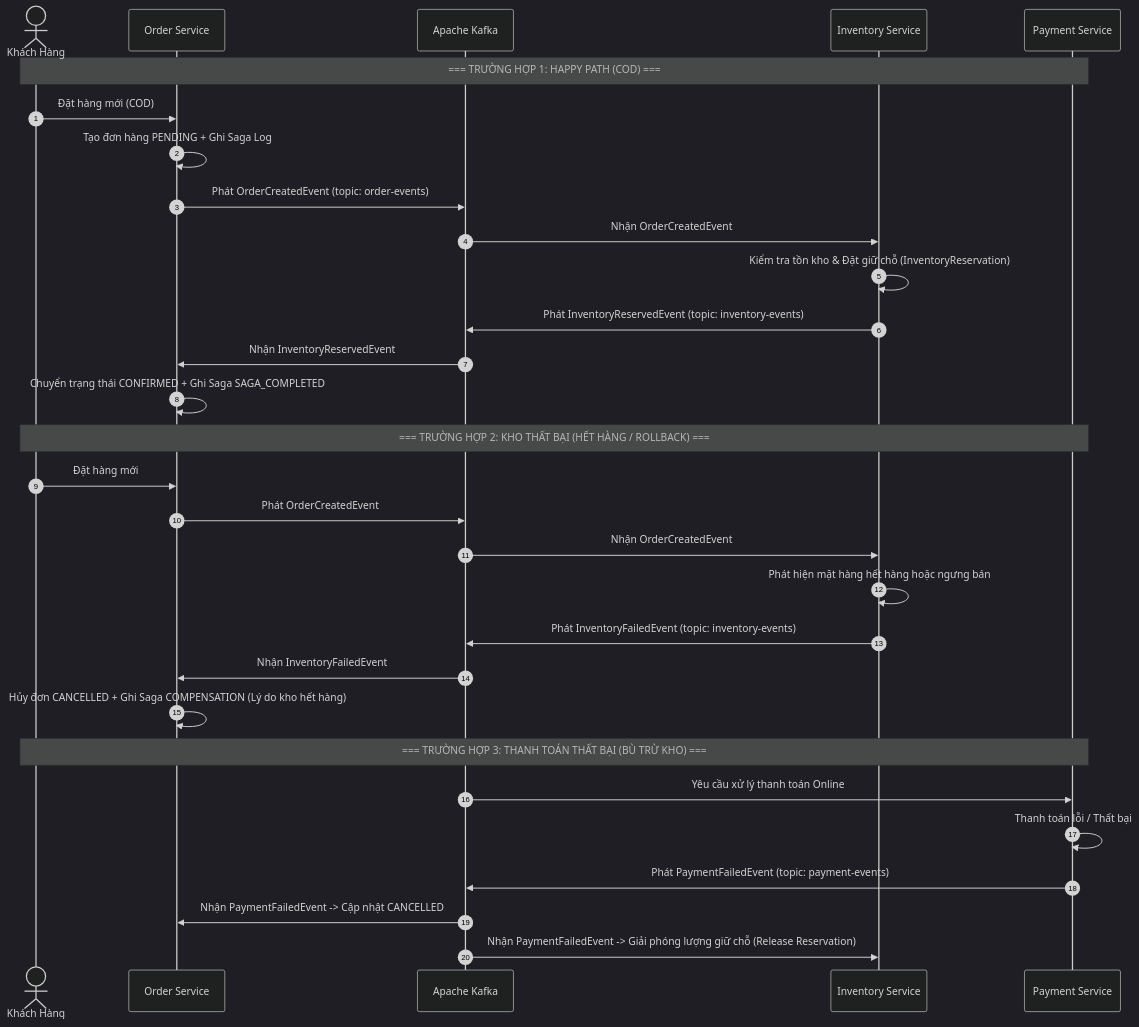
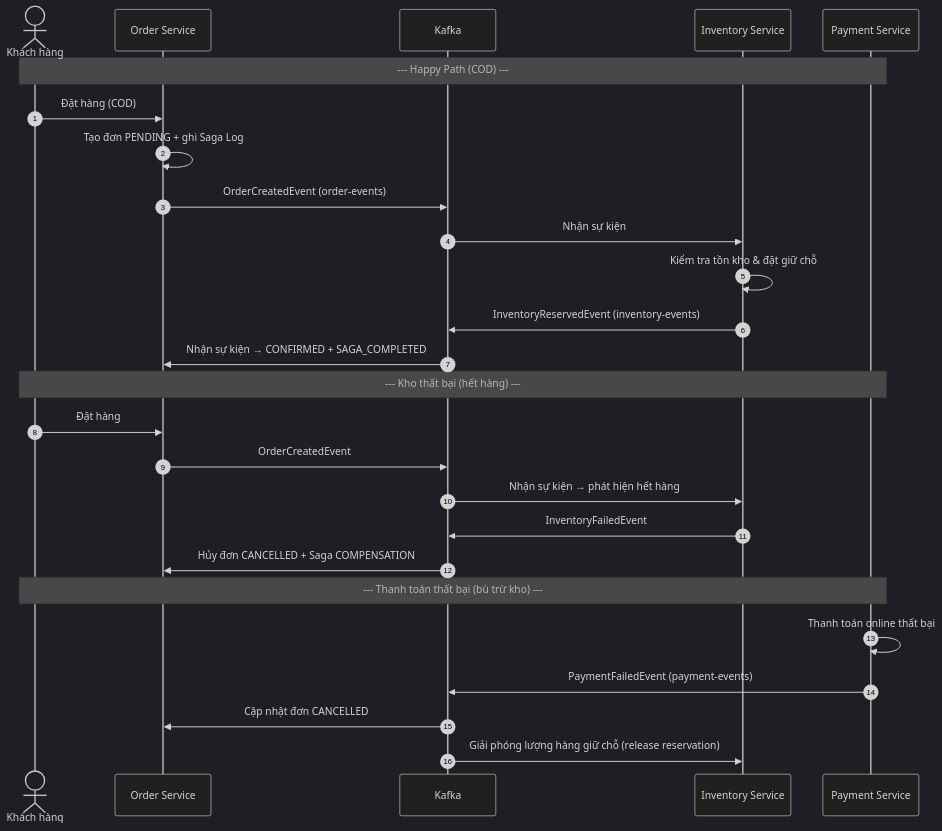
The second of 2 diagrams in README.md (Sadlongvip/DE190477_MSS301_project), drawn with Mermaid (dark theme) before and after one commit. The commit also changed other lines of this file, not shown here.

````diff
--- a/README.md
+++ b/README.md
@@ -95,35 +87,31 @@
 ```mermaid
 sequenceDiagram
     autonumber
-    actor Customer as Khách Hàng
+    actor KH as Khách hàng
     participant OS as Order Service
-    participant Kafka as Apache Kafka
+    participant K as Kafka
     participant IS as Inventory Service
     participant PS as Payment Service
 
-    Note over Customer, PS: === TRƯỜNG HỢP 1: HAPPY PATH (COD) ===
-    Customer->>OS: Đặt hàng mới (COD)
-    OS->>OS: Tạo đơn hàng PENDING + Ghi Saga Log
-    OS->>Kafka: Phát OrderCreatedEvent (topic: order-events)
-    Kafka->>IS: Nhận OrderCreatedEvent
-    IS->>IS: Kiểm tra tồn kho & Đặt giữ chỗ (InventoryReservation)
-    IS->>Kafka: Phát InventoryReservedEvent (topic: inventory-events)
-    Kafka->>OS: Nhận InventoryReservedEvent
-    OS->>OS: Chuyển trạng thái CONFIRMED + Ghi Saga SAGA_COMPLETED
+    Note over KH,PS: --- Happy Path (COD) ---
+    KH->>OS: Đặt hàng (COD)
+    OS->>OS: Tạo đơn PENDING + ghi Saga Log
+    OS->>K: OrderCreatedEvent (order-events)
+    K->>IS: Nhận sự kiện
+    IS->>IS: Kiểm tra tồn kho & đặt giữ chỗ
+    IS->>K: InventoryReservedEvent (inventory-events)
+    K->>OS: Nhận sự kiện → CONFIRMED + SAGA_COMPLETED
 
-    Note over Customer, PS: === TRƯỜNG HỢP 2: KHO THẤT BẠI (HẾT HÀNG / ROLLBACK) ===
-    Customer->>OS: Đặt hàng mới
-    OS->>Kafka: Phát OrderCreatedEvent
-    Kafka->>IS: Nhận OrderCreatedEvent
-    IS->>IS: Phát hiện mặt hàng hết hàng hoặc ngưng bán
-    IS->>Kafka: Phát InventoryFailedEvent (topic: inventory-events)
-    Kafka->>OS: Nhận InventoryFailedEvent
-    OS->>OS: Hủy đơn CANCELLED + Ghi Saga COMPENSATION (Lý do kho hết hàng)
+    Note over KH,PS: --- Kho thất bại (hết hàng) ---
+    KH->>OS: Đặt hàng
+    OS->>K: OrderCreatedEvent
+    K->>IS: Nhận sự kiện → phát hiện hết hàng
+    IS->>K: InventoryFailedEvent
+    K->>OS: Hủy đơn CANCELLED + Saga COMPENSATION
 
-    Note over Customer, PS: === TRƯỜNG HỢP 3: THANH TOÁN THẤT BẠI (BÙ TRỪ KHO) ===
-    Kafka->>PS: Yêu cầu xử lý thanh toán Online
-    PS->>PS: Thanh toán lỗi / Thất bại
-    PS->>Kafka: Phát PaymentFailedEvent (topic: payment-events)
-    Kafka->>OS: Nhận PaymentFailedEvent -> Cập nhật CANCELLED
-    Kafka->>IS: Nhận PaymentFailedEvent -> Giải phóng lượng giữ chỗ (Release Reservation)
+    Note over KH,PS: --- Thanh toán thất bại (bù trừ kho) ---
+    PS->>PS: Thanh toán online thất bại
+    PS->>K: PaymentFailedEvent (payment-events)
+    K->>OS: Cập nhật đơn CANCELLED
+    K->>IS: Giải phóng lượng hàng giữ chỗ (release reservation)
 ```
````
